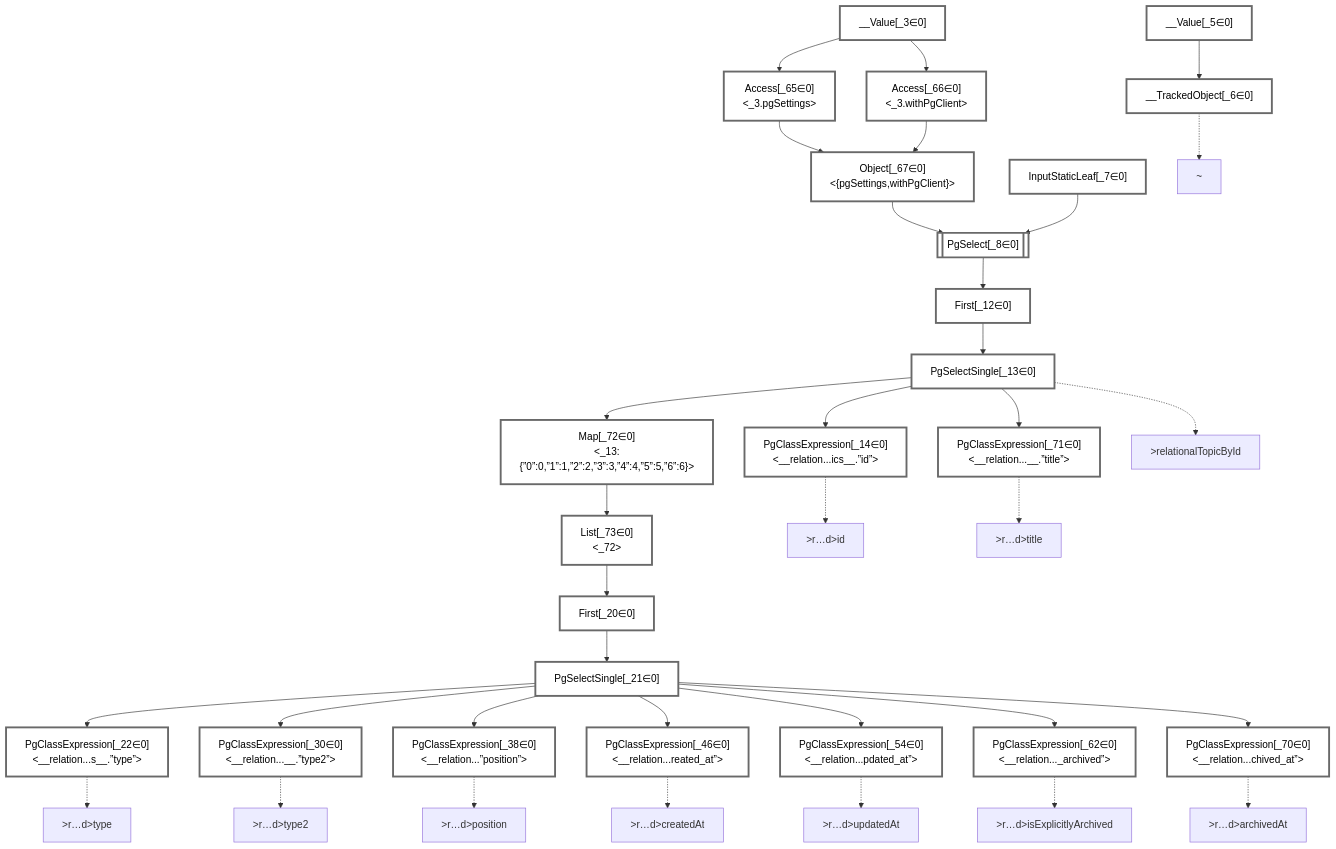
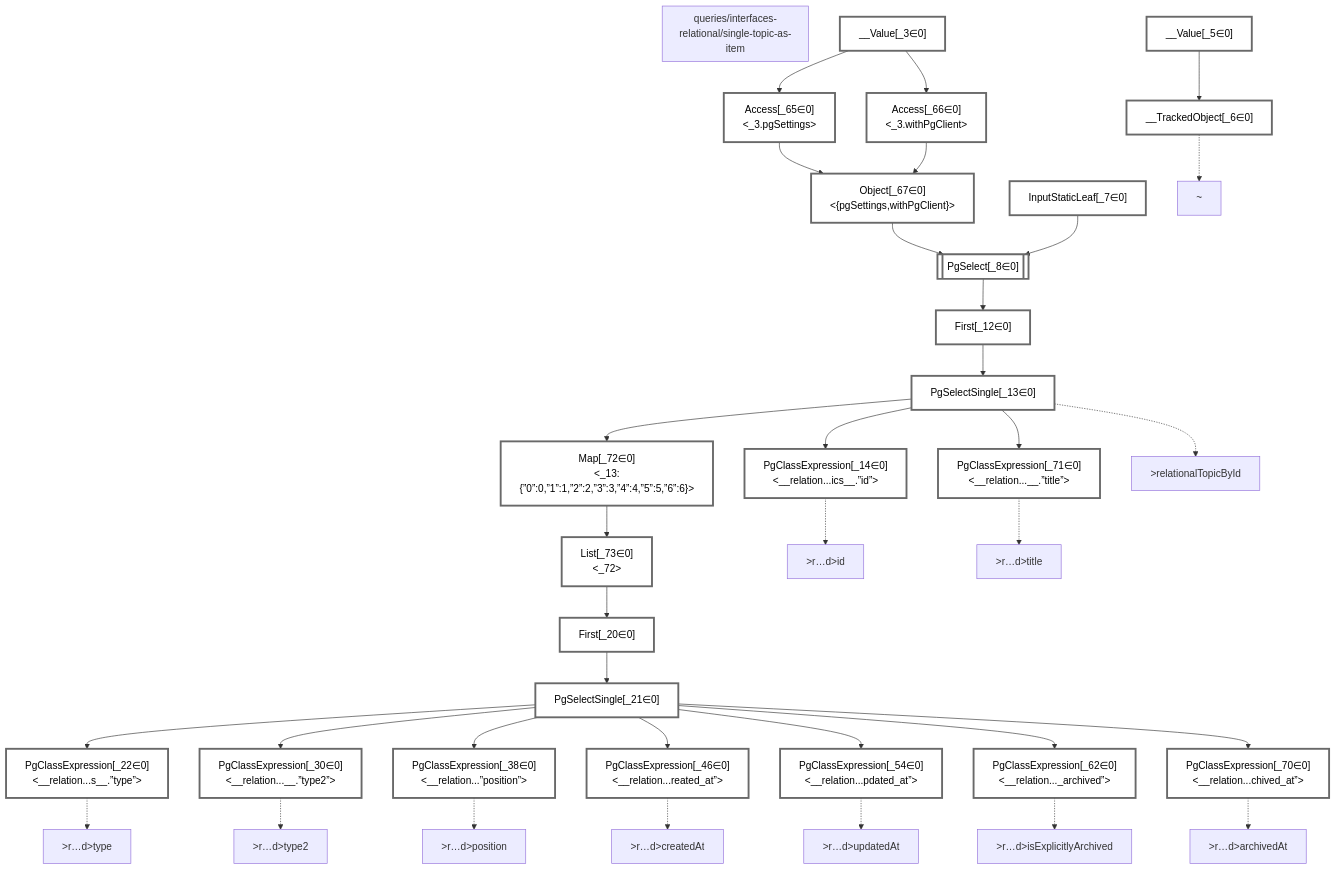
Before and after one commit to graphile/crystal: the diagram in packages/dataplan-pg/__tests__/queries/interfaces-relational/single-topic-as-item.mermaid.md, drawn with Mermaid. The commit also changed 195 other files, not shown here.

````diff
--- a/packages/dataplan-pg/__tests__/queries/interfaces-relational/single-topic-as-item.mermaid.md
+++ b/packages/dataplan-pg/__tests__/queries/interfaces-relational/single-topic-as-item.mermaid.md
@@ -1,5 +1,7 @@
 ```mermaid
 graph TD
+    subgraph "queries/interfaces-relational/single-topic-as-item"
+    end
     classDef path fill:#eee,stroke:#000,color:#000
     classDef plan fill:#fff,stroke-width:3px,color:#000
     classDef itemplan fill:#fff,stroke-width:6px,color:#000
````
